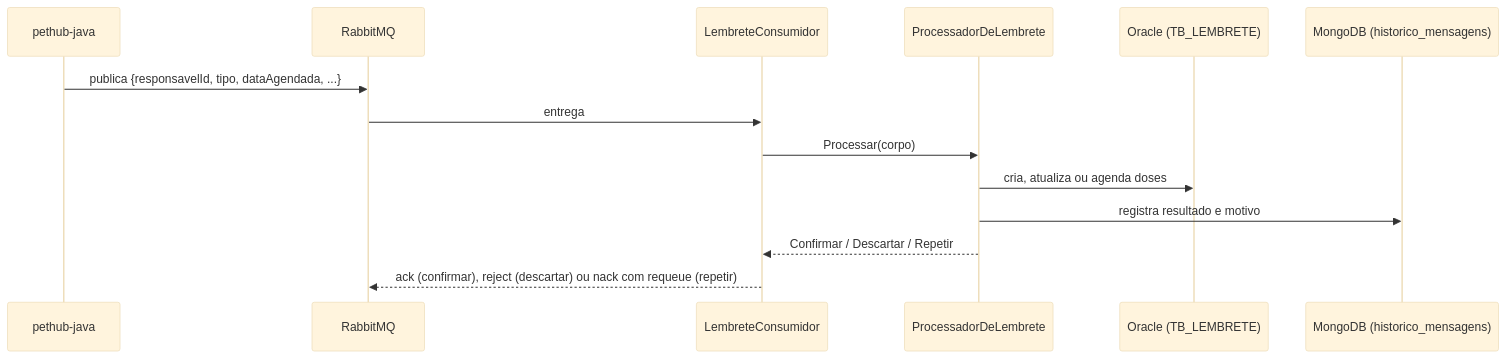
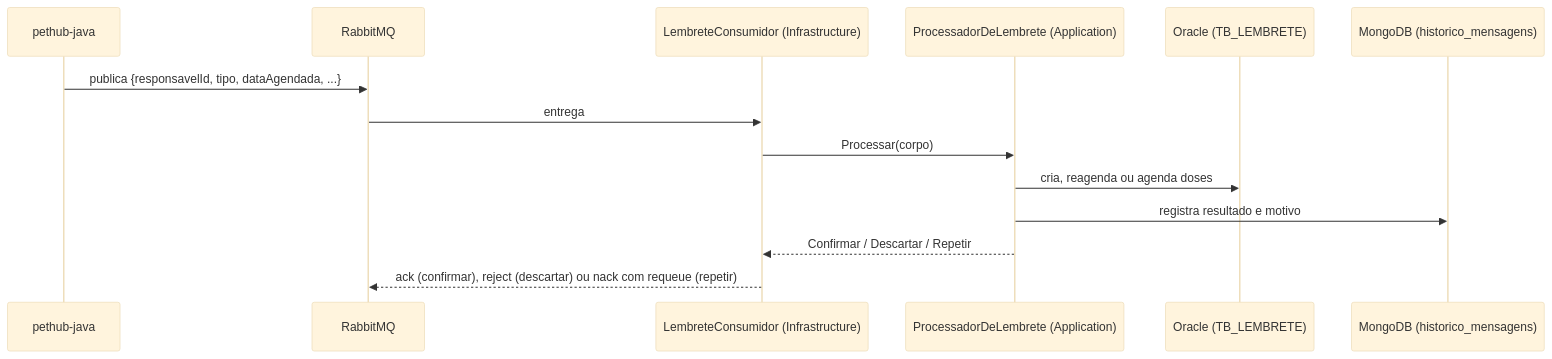
The fourth of 4 diagrams in README.md (vitalis-sa/pethub-dotnet), drawn with Mermaid (base theme) before and after one commit. The commit also changed other lines of this file and 183 other files, not shown here.

````diff
--- a/README.md
+++ b/README.md
@@ -152,17 +215,17 @@
 ```mermaid
 sequenceDiagram
     participant J as pethub-java
     participant Q as RabbitMQ
-    participant L as LembreteConsumidor
-    participant P as ProcessadorDeLembrete
+    participant L as LembreteConsumidor (Infrastructure)
+    participant P as ProcessadorDeLembrete (Application)
     participant O as Oracle (TB_LEMBRETE)
     participant M as MongoDB (historico_mensagens)
 
     J->>Q: publica {responsavelId, tipo, dataAgendada, ...}
     Q->>L: entrega
     L->>P: Processar(corpo)
-    P->>O: cria, atualiza ou agenda doses
+    P->>O: cria, reagenda ou agenda doses
     P->>M: registra resultado e motivo
     P-->>L: Confirmar / Descartar / Repetir
     L-->>Q: ack (confirmar), reject (descartar) ou nack com requeue (repetir)
 ```
````
